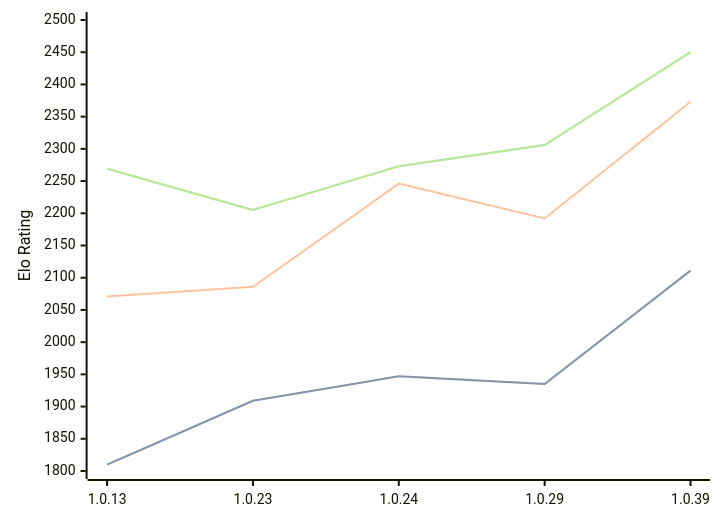
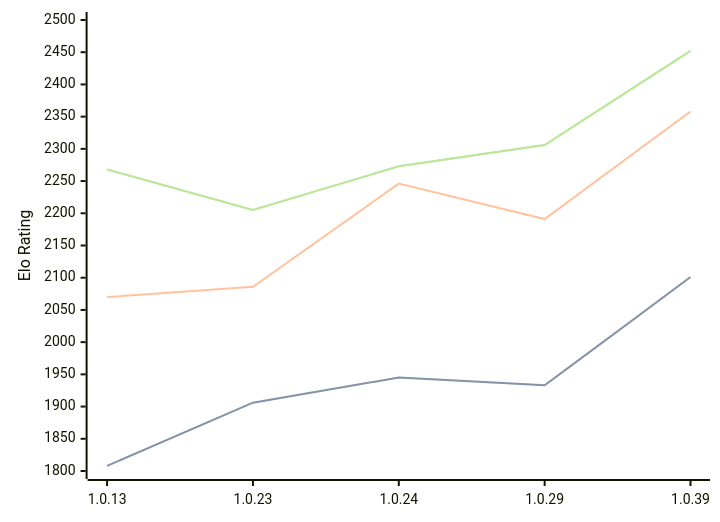
The diagram in engines/RustyRival.md (computer-chess-index/cci), drawn with Mermaid before and after one commit. The commit also changed other lines of this file, not shown here.

Commit message:
Update CCI Ratings (ELO VLTC) - 2026-04-16

````diff
--- a/engines/RustyRival.md
+++ b/engines/RustyRival.md
@@ -66,11 +66,11 @@
 ```mermaid
 %%{init: {"theme":"base","themeVariables":{"seriesColors:['#a3a3a3','#222221','#faa371']}}}%%
 xychart-beta
   x-axis ["1.0.13", "1.0.23", "1.0.24", "1.0.29", "1.0.39"]
   y-axis "Elo Rating" 1800 --> 2500
-  line "STC (8.0+0.08s)" [1810, 1909, 1947, 1935, 2111]
-  line "STC (8.0+0.08s)" [1810, 1909, 1947, 1935, 2111]
-  line "LTC (60.0+0.60s)" [2071, 2086, 2246, 2192, 2373]
-  line "VLTC (2m24s+1.12s)" [2269, 2205, 2273, 2306, 2450]
-  line "VLTC (2m24s+1.12s)" [2269, 2205, 2273, 2306, 2450]
+  line "STC (8.0+0.08s)" [1808, 1906, 1945, 1933, 2101]
+  line "STC (8.0+0.08s)" [1808, 1906, 1945, 1933, 2101]
+  line "LTC (60.0+0.60s)" [2070, 2086, 2246, 2191, 2358]
+  line "VLTC (2m24s+1.12s)" [2268, 2205, 2273, 2306, 2452]
+  line "VLTC (2m24s+1.12s)" [2268, 2205, 2273, 2306, 2452]
 ```
````
